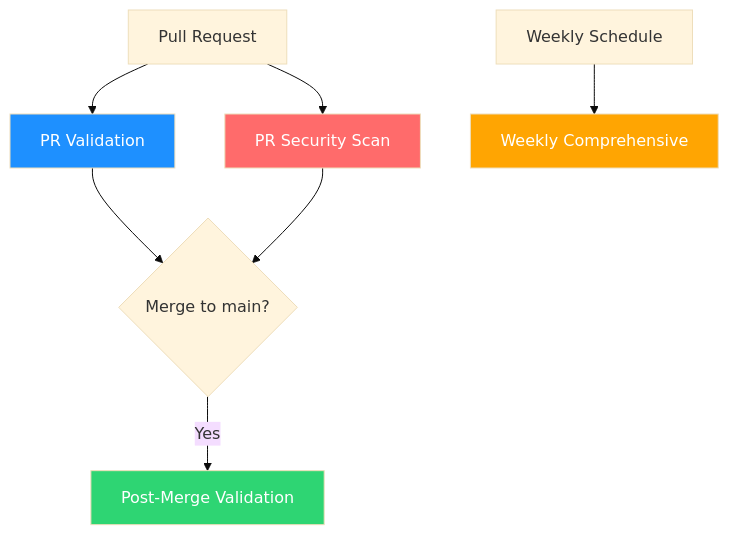
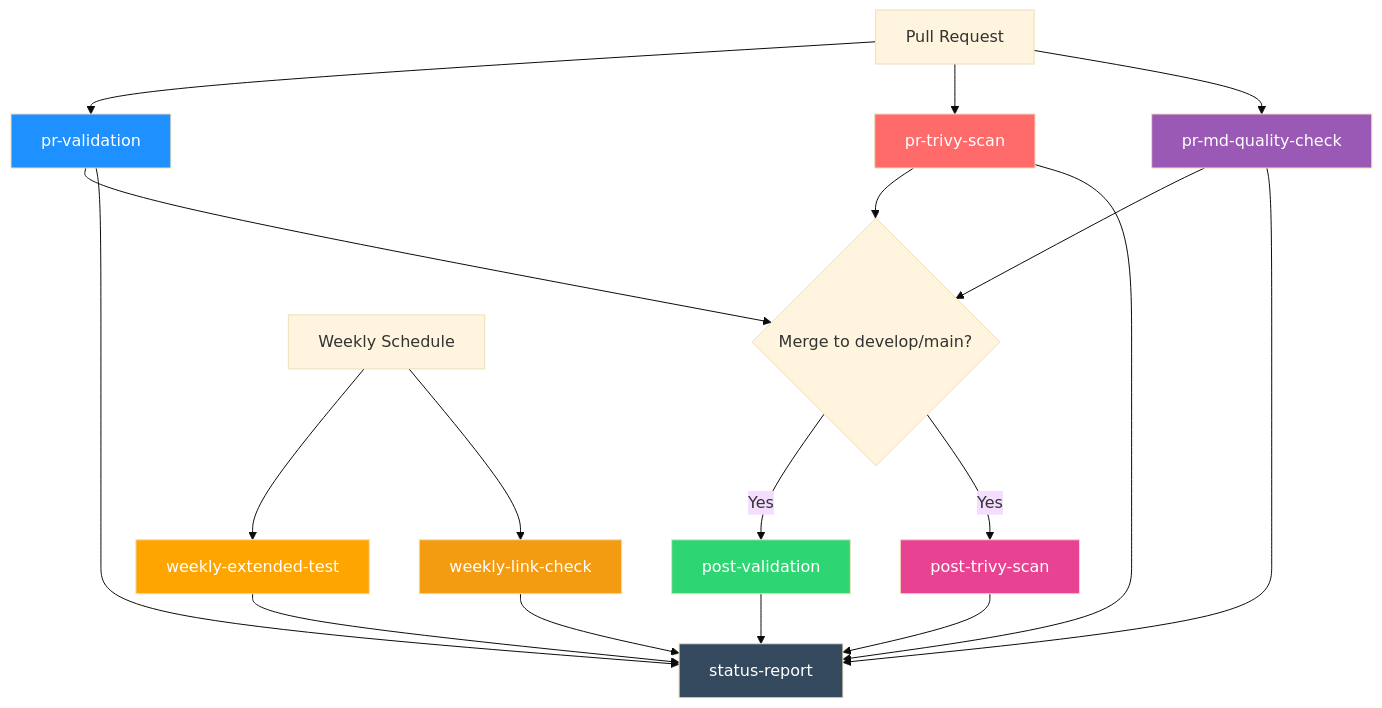
The diagram in docs/guides/ci_cd_guide.md (yaoki-dev/api-test-devops-portfolio), drawn with Mermaid (base theme) before and after one commit. The commit also changed other lines of this file and 7 other files, not shown here.

````diff
--- a/docs/guides/ci_cd_guide.md
+++ b/docs/guides/ci_cd_guide.md
@@ -9,14 +9,29 @@
 ```mermaid
 graph TB
-    PR[Pull Request] --> PV[PR Validation]
-    PR --> PS[PR Security Scan]
-    PV --> Merge{Merge to main?}
+    PR[Pull Request] --> PV[pr-validation]
+    PR --> PS[pr-trivy-scan]
+    PR --> PMQ[pr-md-quality-check]
+    PV --> Merge{Merge to develop/main?}
     PS --> Merge
-    Merge -->|Yes| PM[Post-Merge Validation]
-    Weekly[Weekly Schedule] --> WC[Weekly Comprehensive]
+    PMQ --> Merge
+    Merge -->|Yes| PoV[post-validation]
+    Merge -->|Yes| PoS[post-trivy-scan]
+    Weekly[Weekly Schedule] --> WC[weekly-extended-test]
+    Weekly --> WL[weekly-link-check]
+    PV --> SR[status-report]
+    PS --> SR
+    PMQ --> SR
+    PoV --> SR
+    PoS --> SR
+    WC --> SR
+    WL --> SR
 
     style PV fill:#1e90ff,color:#fff
     style PS fill:#ff6b6b,color:#fff
-    style PM fill:#2ed573,color:#fff
+    style PMQ fill:#9b59b6,color:#fff
+    style PoV fill:#2ed573,color:#fff
+    style PoS fill:#e84393,color:#fff
     style WC fill:#ffa502,color:#fff
+    style WL fill:#f39c12,color:#fff
+    style SR fill:#34495e,color:#fff
 ```
````
